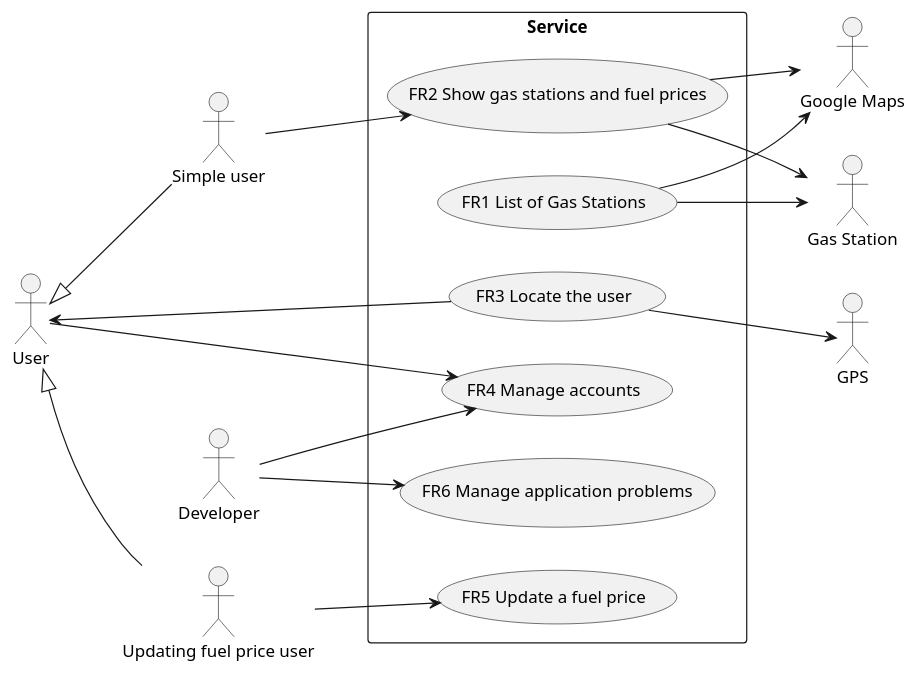
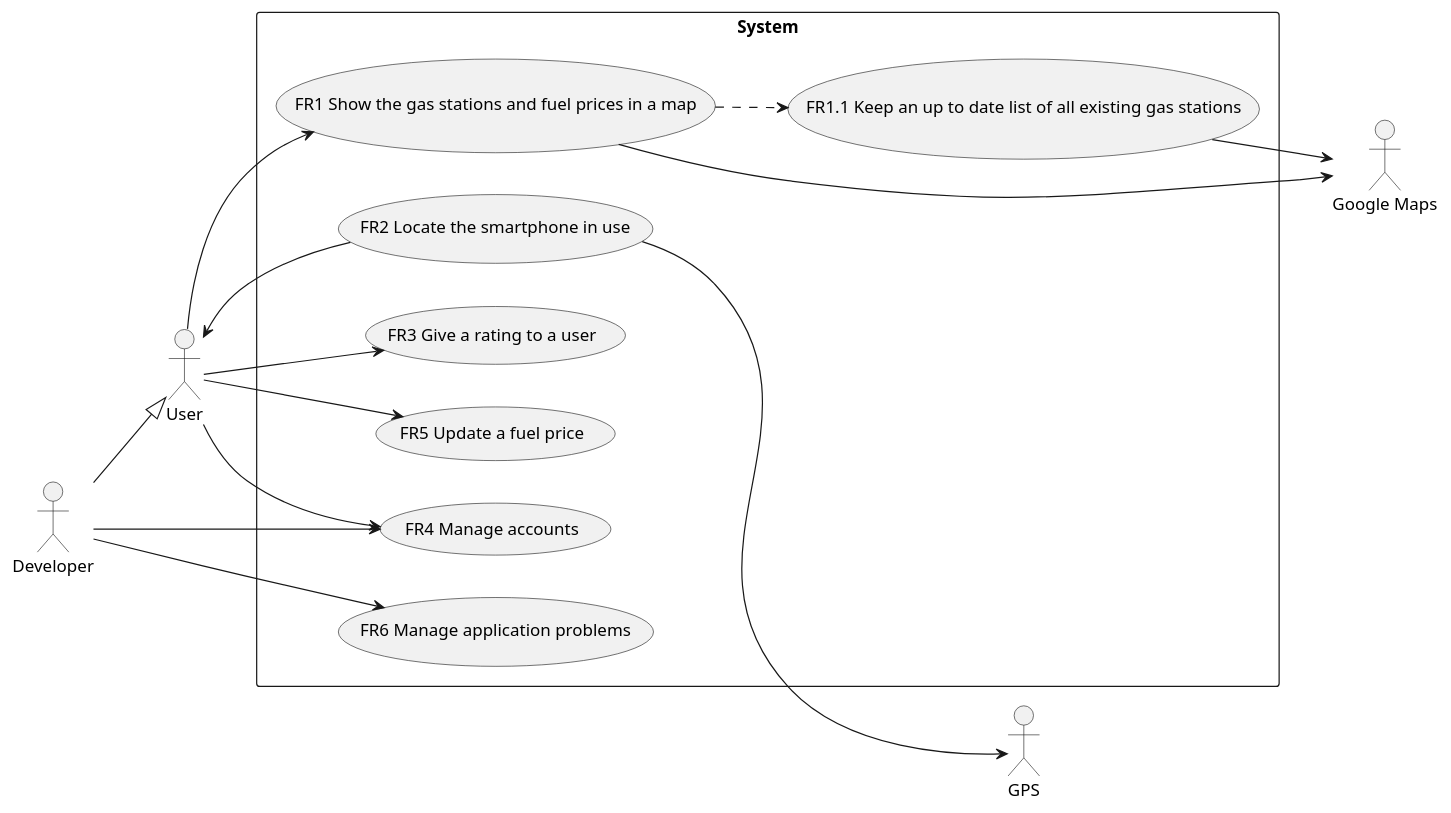
The second of 3 diagrams in REQ_s277943.md (SoftengPoliTo/Lab2), drawn with PlantUML before and after one commit. The commit also changed other lines of this file, not shown here.

Commit message:
updating REQ_s277943.md to version 2

````diff
--- a/REQ_s277943.md
+++ b/REQ_s277943.md
@@ -119,26 +126,22 @@
 ```plantuml
 left to right direction
 skinparam packageStyle rectangle
 actor User
-actor "Simple user" as SU
-actor "Updating fuel price user" as UFPU
-User <|-- SU
-User <|-- UFPU
 actor Developer
-actor "Gas Station" as GS
 actor "Google Maps" as GM
 actor GPS
-rectangle Service {
+rectangle System {
     Developer --> (FR6 Manage application problems)
-    (FR1 List of Gas Stations) --> GS
-    (FR1 List of Gas Stations) --> GM
-    SU --> (FR2 Show gas stations and fuel prices)
-    (FR2 Show gas stations and fuel prices) --> GS
-    (FR2 Show gas stations and fuel prices) --> GM
-    (FR3 Locate the user) --> GPS
-    (FR3 Locate the user) --> User
+    (FR1 Show the gas stations and fuel prices in a map) --> GM
+    (FR1 Show the gas stations and fuel prices in a map) ..> (FR1.1 Keep an up to date list of all existing gas stations)
+    (FR1.1 Keep an up to date list of all existing gas stations) --> GM
+    User --> (FR1 Show the gas stations and fuel prices in a map)
+    (FR2 Locate the smartphone in use) --> GPS
+    (FR2 Locate the smartphone in use) --> User
+    User --> (FR3 Give a rating to a user)
     Developer --> (FR4 Manage accounts)
     User --> (FR4 Manage accounts)
-    UFPU --> (FR5 Update a fuel price)
+    User --> (FR5 Update a fuel price)
+    Developer --|> User
 }
 ```
````
